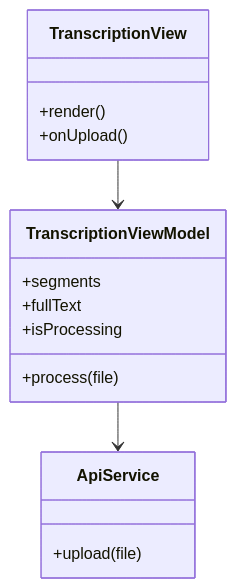
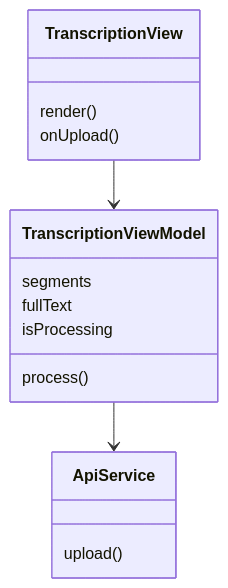
Before and after one commit to MartinPapic/electron-diarization-transcription: the third of 3 diagrams in README.md, drawn with Mermaid. The commit also changed other lines of this file, not shown here.

````diff
--- a/README.md
+++ b/README.md
@@ -134,22 +133,22 @@
 ``` mermaid
 classDiagram
 
 class TranscriptionView {
-    +render()
-    +onUpload()
+    render()
+    onUpload()
 }
 
 class TranscriptionViewModel {
-    +segments
-    +fullText
-    +isProcessing
-    +process(file)
+    segments
+    fullText
+    isProcessing
+    process()
 }
 
 class ApiService {
-    +upload(file)
+    upload()
 }
 
 TranscriptionView --> TranscriptionViewModel
 TranscriptionViewModel --> ApiService
 ```
````
